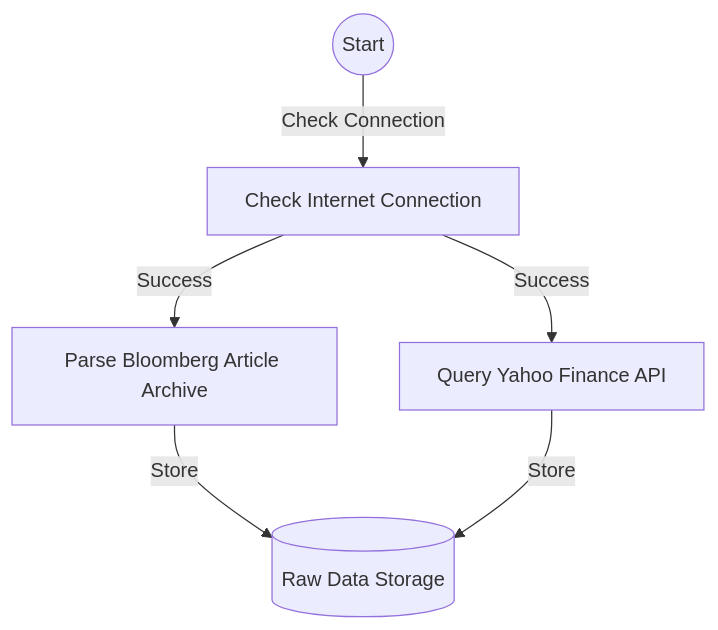
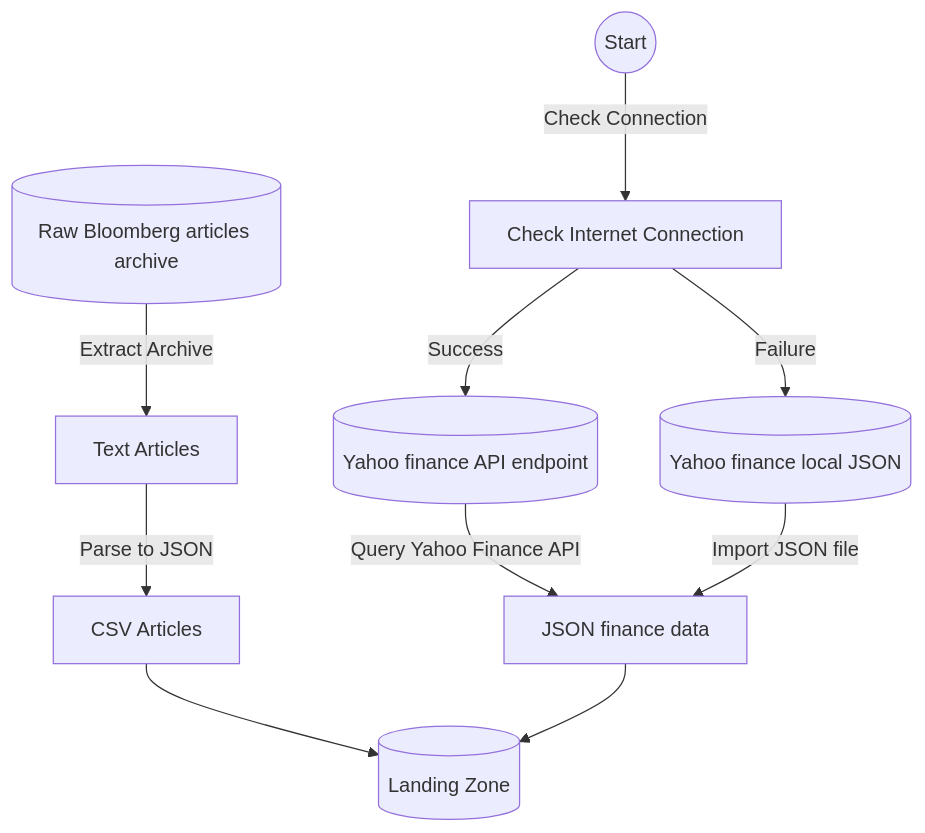
The first of 3 diagrams in README.md (monthenry/StockMood), drawn with Mermaid before and after one commit. The commit also changed other lines of this file, not shown here.

Commit message:
Added pipeline diagrams

````diff
--- a/README.md
+++ b/README.md
@@ -43,8 +43,14 @@
 ```mermaid
 flowchart TD
+    raw1[(Raw Bloomberg articles archive)] --> |Extract Archive| text_articles[Text Articles]
+    text_articles --> |Parse to JSON| json_articles[CSV Articles]
+    json_articles --> land[(Landing Zone)]
+
+
     start((Start)) -->|Check Connection| conn[Check Internet Connection]
-    conn -->|Success| article[Parse Bloomberg Article Archive]
-    conn -->|Success| market[Query Yahoo Finance API]
-    article -->|Store| raw_data[(Raw Data Storage)]
-    market -->|Store| raw_data
+    conn -->|Success| api[(Yahoo finance API endpoint)]
+    api -->|Query Yahoo Finance API| enrich2[Query Yahoo Finance API]
+    conn -->|Failure| csv[(Yahoo finance local JSON)]
+    csv -->|Import JSON file| enrich2[JSON finance data]
+    enrich2 --> land
 ```
````
